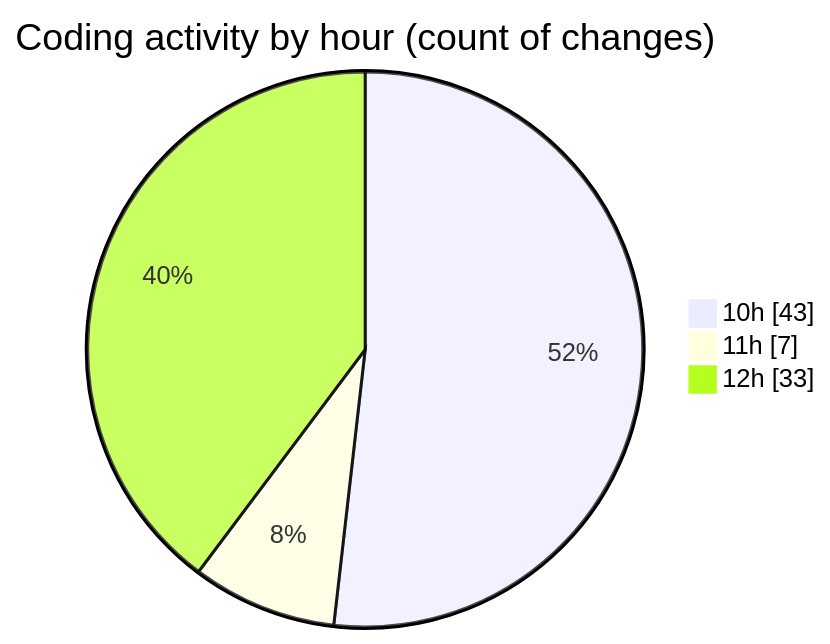
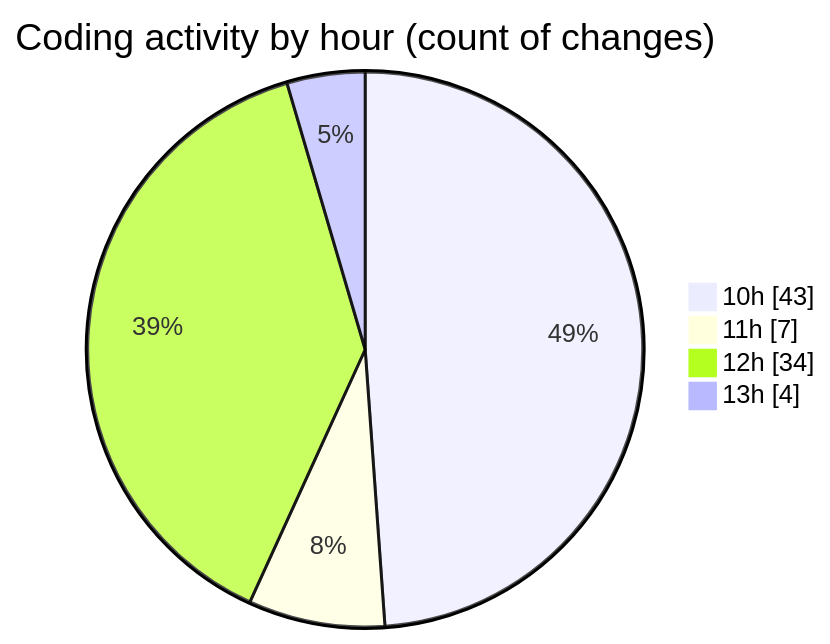
One commit to momahboobian/code-tracking changed the second of 2 diagrams in 2025-10-29/cda/README.md. Above: the diagram before and after it, drawn with Mermaid. The commit also changed other lines of this file and 1 other file, not shown here.

````diff
--- a/2025-10-29/cda/README.md
+++ b/2025-10-29/cda/README.md
@@ -52,7 +52,8 @@
 ```mermaid
 pie showData
 title Coding activity by hour (count of changes)
 "10h" : 43
 "11h" : 7
-"12h" : 33
+"12h" : 34
+"13h" : 4
 ```
````
